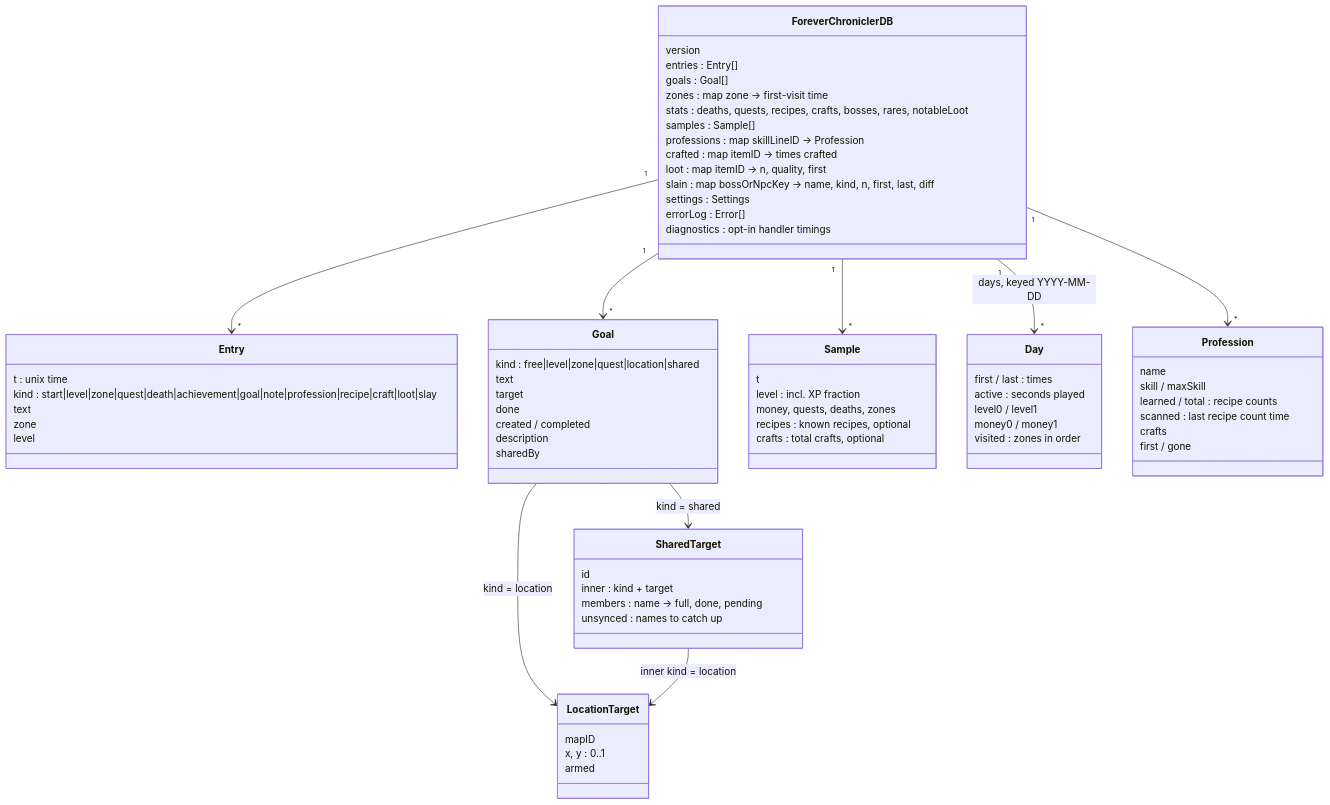
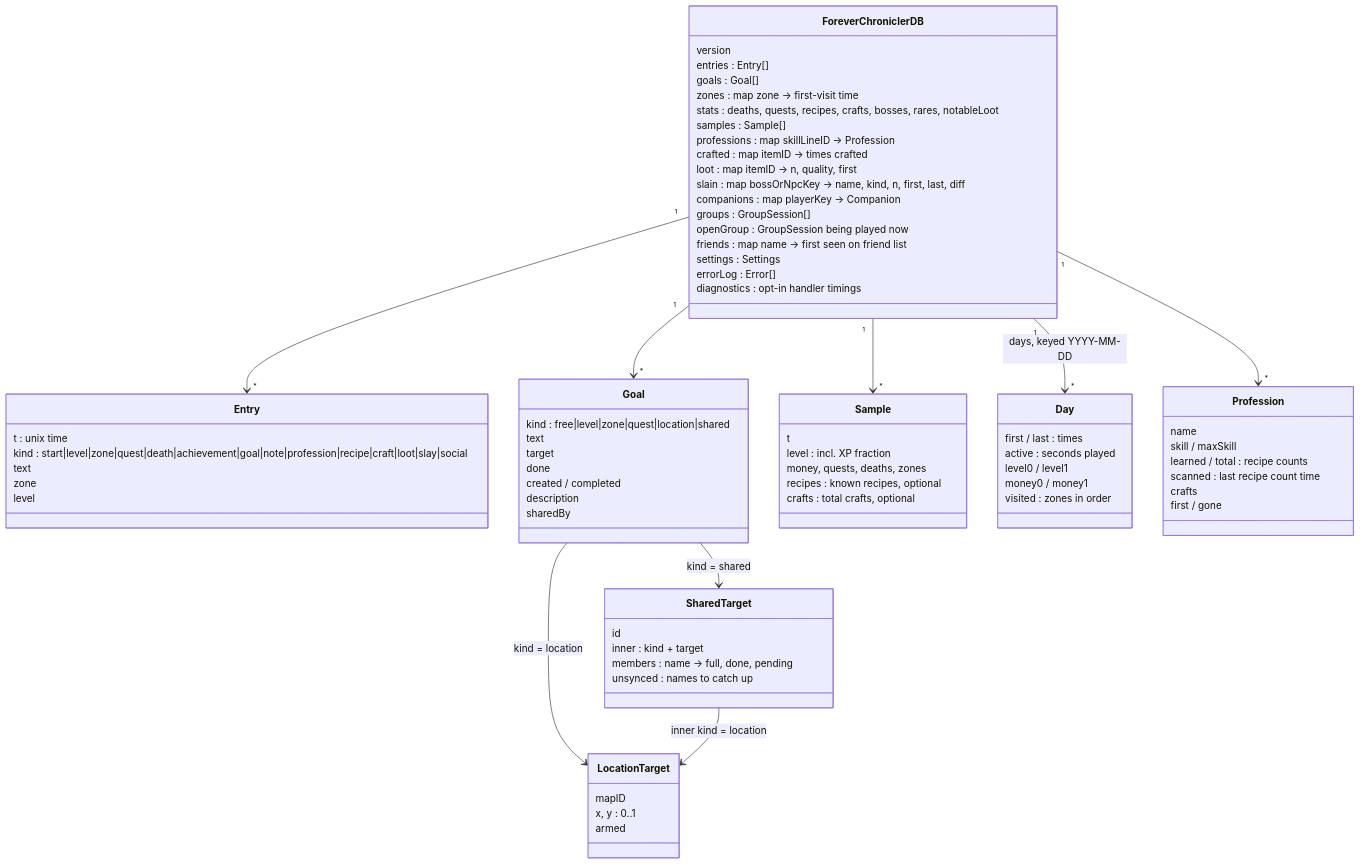
The fifth of 12 diagrams in docs/Topology.md (SaffronG/ForeverChronicler), drawn with Mermaid before and after one commit. The commit also changed other lines of this file and 15 other files, not shown here.

First line of the commit message:
Release 0.9.0: remember companions, group sessions and friends made

````diff
--- a/docs/Topology.md
+++ b/docs/Topology.md
@@ -211,75 +222,79 @@
 ```mermaid
 classDiagram
     class ForeverChroniclerDB {
         version
         entries : Entry[]
         goals : Goal[]
         zones : map zone → first-visit time
         stats : deaths, quests, recipes, crafts, bosses, rares, notableLoot
         samples : Sample[]
         professions : map skillLineID → Profession
         crafted : map itemID → times crafted
         loot : map itemID → n, quality, first
         slain : map bossOrNpcKey → name, kind, n, first, last, diff
+        companions : map playerKey → Companion
+        groups : GroupSession[]
+        openGroup : GroupSession being played now
+        friends : map name → first seen on friend list
         settings : Settings
         errorLog : Error[]
         diagnostics : opt-in handler timings
     }
     class Entry {
         t : unix time
-        kind : start|level|zone|quest|death|achievement|goal|note|profession|recipe|craft|loot|slay
+        kind : start|level|zone|quest|death|achievement|goal|note|profession|recipe|craft|loot|slay|social
         text
         zone
         level
     }
     class Goal {
         kind : free|level|zone|quest|location|shared
         text
         target
         done
         created / completed
         description
         sharedBy
     }
     class LocationTarget {
         mapID
         x, y : 0..1
         armed
     }
     class SharedTarget {
         id
         inner : kind + target
         members : name → full, done, pending
         unsynced : names to catch up
     }
     class Sample {
         t
         level : incl. XP fraction
         money, quests, deaths, zones
         recipes : known recipes, optional
         crafts : total crafts, optional
     }
     class Day {
         first / last : times
         active : seconds played
         level0 / level1
         money0 / money1
         visited : zones in order
     }
     class Profession {
         name
         skill / maxSkill
         learned / total : recipe counts
         scanned : last recipe count time
         crafts
         first / gone
     }
     ForeverChroniclerDB "1" --> "*" Entry
     ForeverChroniclerDB "1" --> "*" Goal
     ForeverChroniclerDB "1" --> "*" Sample
     ForeverChroniclerDB "1" --> "*" Profession
     ForeverChroniclerDB "1" --> "*" Day : days, keyed YYYY-MM-DD
     Goal --> LocationTarget : kind = location
     Goal --> SharedTarget : kind = shared
     SharedTarget --> LocationTarget : inner kind = location
 ```
````
